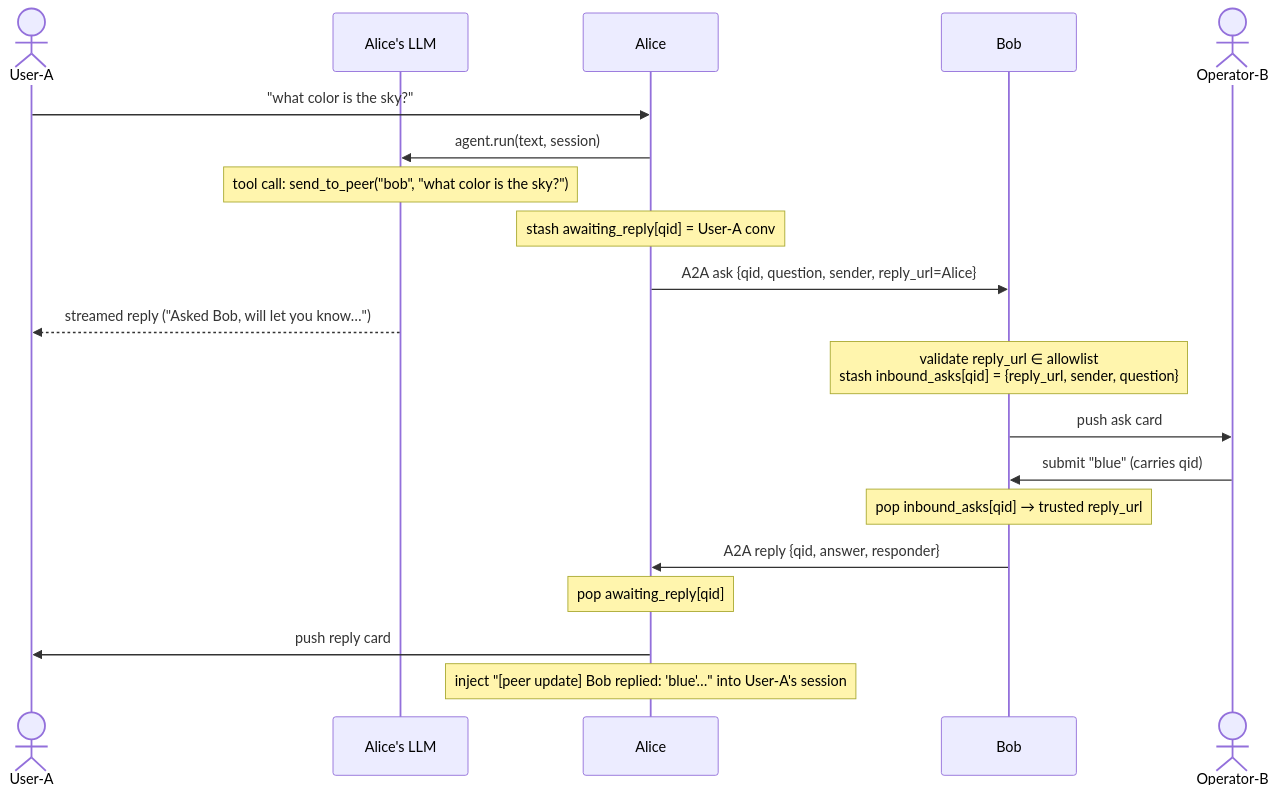
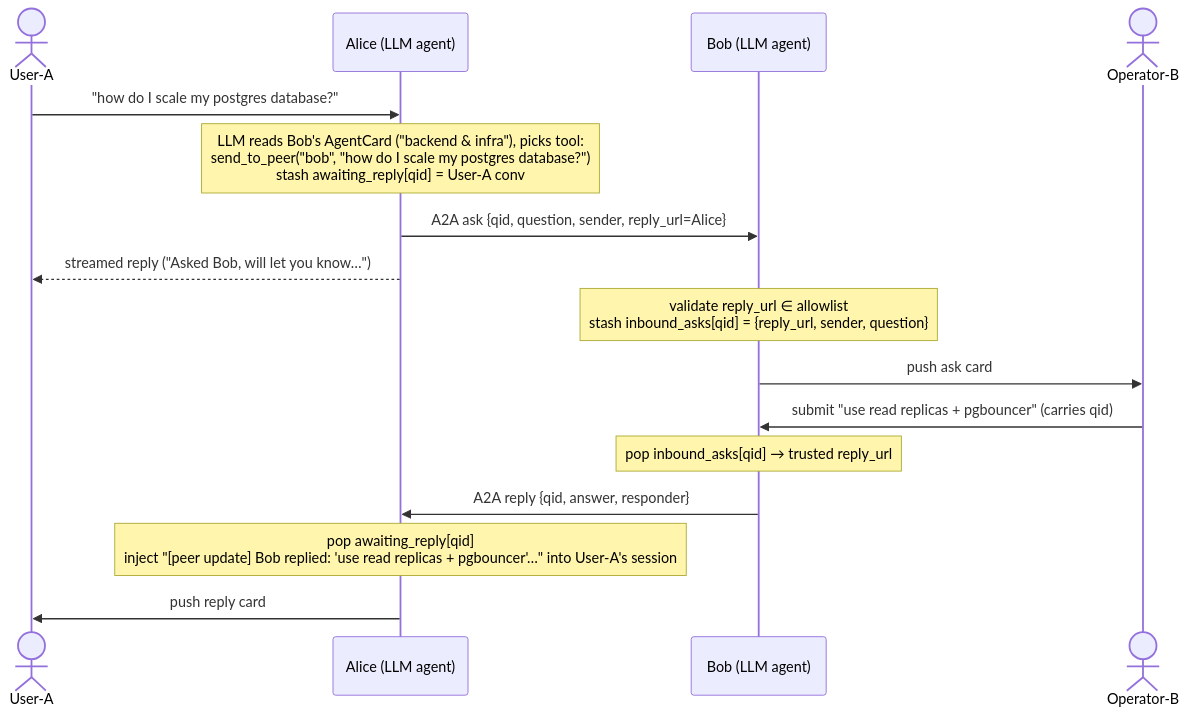
The diagram in examples/a2a-test/README.md (microsoft/teams.py), drawn with Mermaid before and after one commit. The commit also changed other lines of this file, not shown here.

Commit message:
fix sequence

````diff
--- a/examples/a2a-test/README.md
+++ b/examples/a2a-test/README.md
@@ -7,23 +7,19 @@
 ```mermaid
 sequenceDiagram
     actor UA as User-A
-    participant LLM as Alice's LLM
-    participant A as Alice
-    participant B as Bob
+    participant A as Alice (LLM agent)
+    participant B as Bob (LLM agent)
     actor OB as Operator-B
 
-    UA->>A: "what color is the sky?"
-    A->>LLM: agent.run(text, session)
-    Note over LLM: tool call: send_to_peer("bob", "what color is the sky?")
-    Note over A: stash awaiting_reply[qid] = User-A conv
+    UA->>A: "how do I scale my postgres database?"
+    Note over A: LLM reads Bob's AgentCard ("backend & infra"), picks tool:<br/>send_to_peer("bob", "how do I scale my postgres database?")<br/>stash awaiting_reply[qid] = User-A conv
     A->>B: A2A ask {qid, question, sender, reply_url=Alice}
-    LLM-->>UA: streamed reply ("Asked Bob, will let you know…")
+    A-->>UA: streamed reply ("Asked Bob, will let you know…")
     Note over B: validate reply_url ∈ allowlist<br/>stash inbound_asks[qid] = {reply_url, sender, question}
     B->>OB: push ask card
-    OB->>B: submit "blue" (carries qid)
+    OB->>B: submit "use read replicas + pgbouncer" (carries qid)
     Note over B: pop inbound_asks[qid] → trusted reply_url
     B->>A: A2A reply {qid, answer, responder}
-    Note over A: pop awaiting_reply[qid]
+    Note over A: pop awaiting_reply[qid]<br/>inject "[peer update] Bob replied: 'use read replicas + pgbouncer'…" into User-A's session
     A->>UA: push reply card
-    Note over A: inject "[peer update] Bob replied: 'blue'…" into User-A's session
 ```
````
